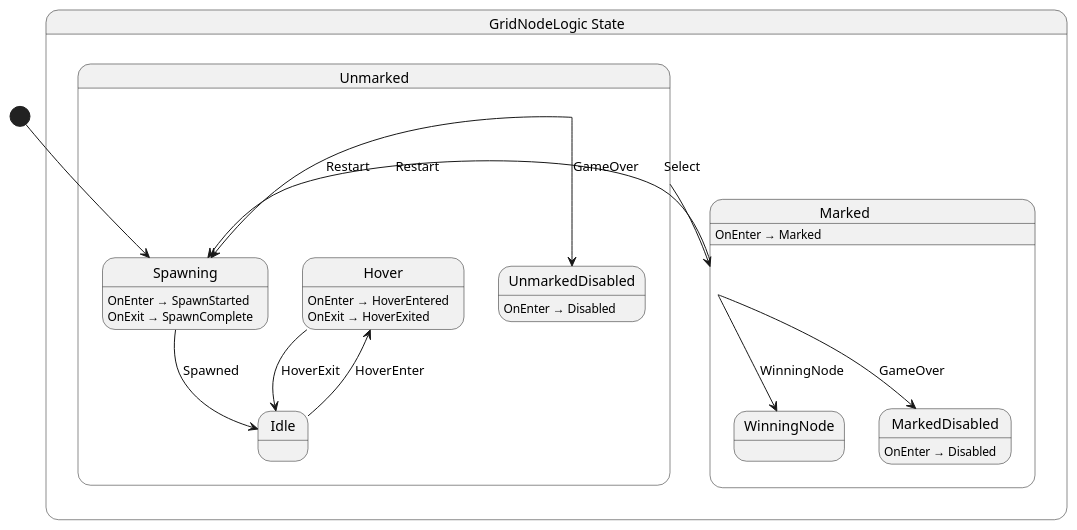
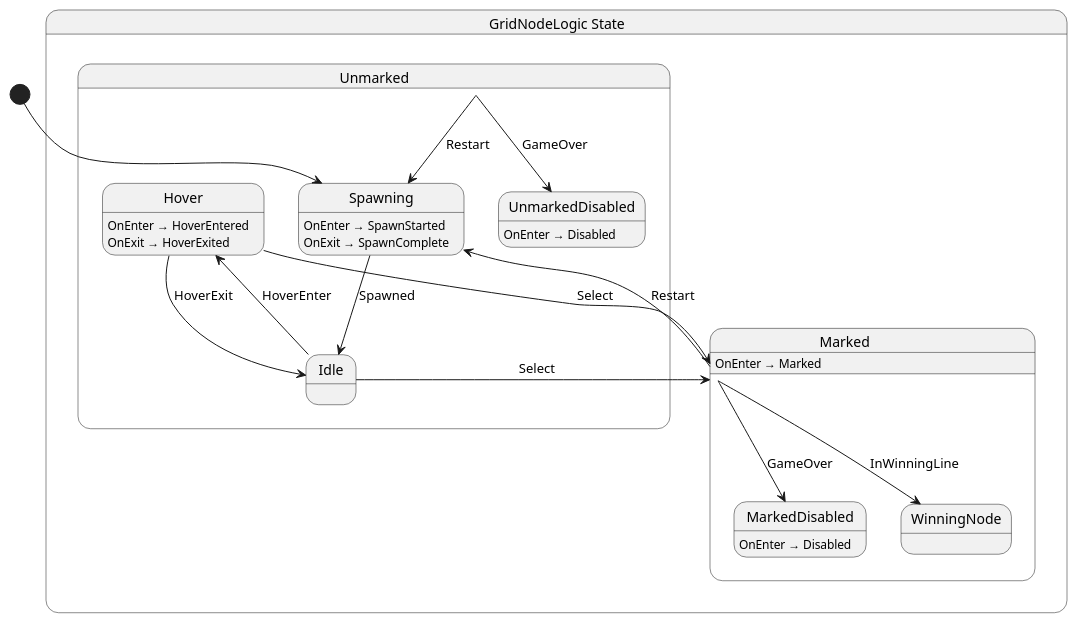
The diagram in src/GridNode/State/GridNodeLogic.g.puml (stranne/Vertex), drawn with PlantUML before and after one commit. The commit also changed 11 other files, not shown here.

Commit message:
Add game logic for win condition and creating new GridNodes

```diff
--- a/src/GridNode/State/GridNodeLogic.g.puml
+++ b/src/GridNode/State/GridNodeLogic.g.puml
@@ -1,34 +1,35 @@
 @startuml GridNodeLogic
 state "GridNodeLogic State" as Vertex_GridNode_State_GridNodeLogic_State {
+  state "Unmarked" as Vertex_GridNode_State_GridNodeLogic_State_Unmarked {
+    state "Hover" as Vertex_GridNode_State_GridNodeLogic_State_Hover
+    state "UnmarkedDisabled" as Vertex_GridNode_State_GridNodeLogic_State_UnmarkedDisabled
+    state "Idle" as Vertex_GridNode_State_GridNodeLogic_State_Idle
+    state "Spawning" as Vertex_GridNode_State_GridNodeLogic_State_Spawning
+  }
   state "Marked" as Vertex_GridNode_State_GridNodeLogic_State_Marked {
     state "MarkedDisabled" as Vertex_GridNode_State_GridNodeLogic_State_MarkedDisabled
     state "WinningNode" as Vertex_GridNode_State_GridNodeLogic_State_WinningNode
   }
-  state "Unmarked" as Vertex_GridNode_State_GridNodeLogic_State_Unmarked {
-    state "UnmarkedDisabled" as Vertex_GridNode_State_GridNodeLogic_State_UnmarkedDisabled
-    state "Hover" as Vertex_GridNode_State_GridNodeLogic_State_Hover
-    state "Idle" as Vertex_GridNode_State_GridNodeLogic_State_Idle
-    state "Spawning" as Vertex_GridNode_State_GridNodeLogic_State_Spawning
-  }
 }
 
 Vertex_GridNode_State_GridNodeLogic_State_Hover --> Vertex_GridNode_State_GridNodeLogic_State_Idle : HoverExit
+Vertex_GridNode_State_GridNodeLogic_State_Hover --> Vertex_GridNode_State_GridNodeLogic_State_Marked : Select
 Vertex_GridNode_State_GridNodeLogic_State_Idle --> Vertex_GridNode_State_GridNodeLogic_State_Hover : HoverEnter
+Vertex_GridNode_State_GridNodeLogic_State_Idle --> Vertex_GridNode_State_GridNodeLogic_State_Marked : Select
 Vertex_GridNode_State_GridNodeLogic_State_Marked --> Vertex_GridNode_State_GridNodeLogic_State_MarkedDisabled : GameOver
 Vertex_GridNode_State_GridNodeLogic_State_Marked --> Vertex_GridNode_State_GridNodeLogic_State_Spawning : Restart
-Vertex_GridNode_State_GridNodeLogic_State_Marked --> Vertex_GridNode_State_GridNodeLogic_State_WinningNode : WinningNode
+Vertex_GridNode_State_GridNodeLogic_State_Marked --> Vertex_GridNode_State_GridNodeLogic_State_WinningNode : InWinningLine
 Vertex_GridNode_State_GridNodeLogic_State_Spawning --> Vertex_GridNode_State_GridNodeLogic_State_Idle : Spawned
-Vertex_GridNode_State_GridNodeLogic_State_Unmarked --> Vertex_GridNode_State_GridNodeLogic_State_Marked : Select
 Vertex_GridNode_State_GridNodeLogic_State_Unmarked --> Vertex_GridNode_State_GridNodeLogic_State_Spawning : Restart
 Vertex_GridNode_State_GridNodeLogic_State_Unmarked --> Vertex_GridNode_State_GridNodeLogic_State_UnmarkedDisabled : GameOver
 
 Vertex_GridNode_State_GridNodeLogic_State_Hover : OnEnter → HoverEntered
 Vertex_GridNode_State_GridNodeLogic_State_Hover : OnExit → HoverExited
 Vertex_GridNode_State_GridNodeLogic_State_Marked : OnEnter → Marked
 Vertex_GridNode_State_GridNodeLogic_State_MarkedDisabled : OnEnter → Disabled
 Vertex_GridNode_State_GridNodeLogic_State_Spawning : OnEnter → SpawnStarted
 Vertex_GridNode_State_GridNodeLogic_State_Spawning : OnExit → SpawnComplete
 Vertex_GridNode_State_GridNodeLogic_State_UnmarkedDisabled : OnEnter → Disabled
 
 [*] --> Vertex_GridNode_State_GridNodeLogic_State_Spawning
 @enduml
```
